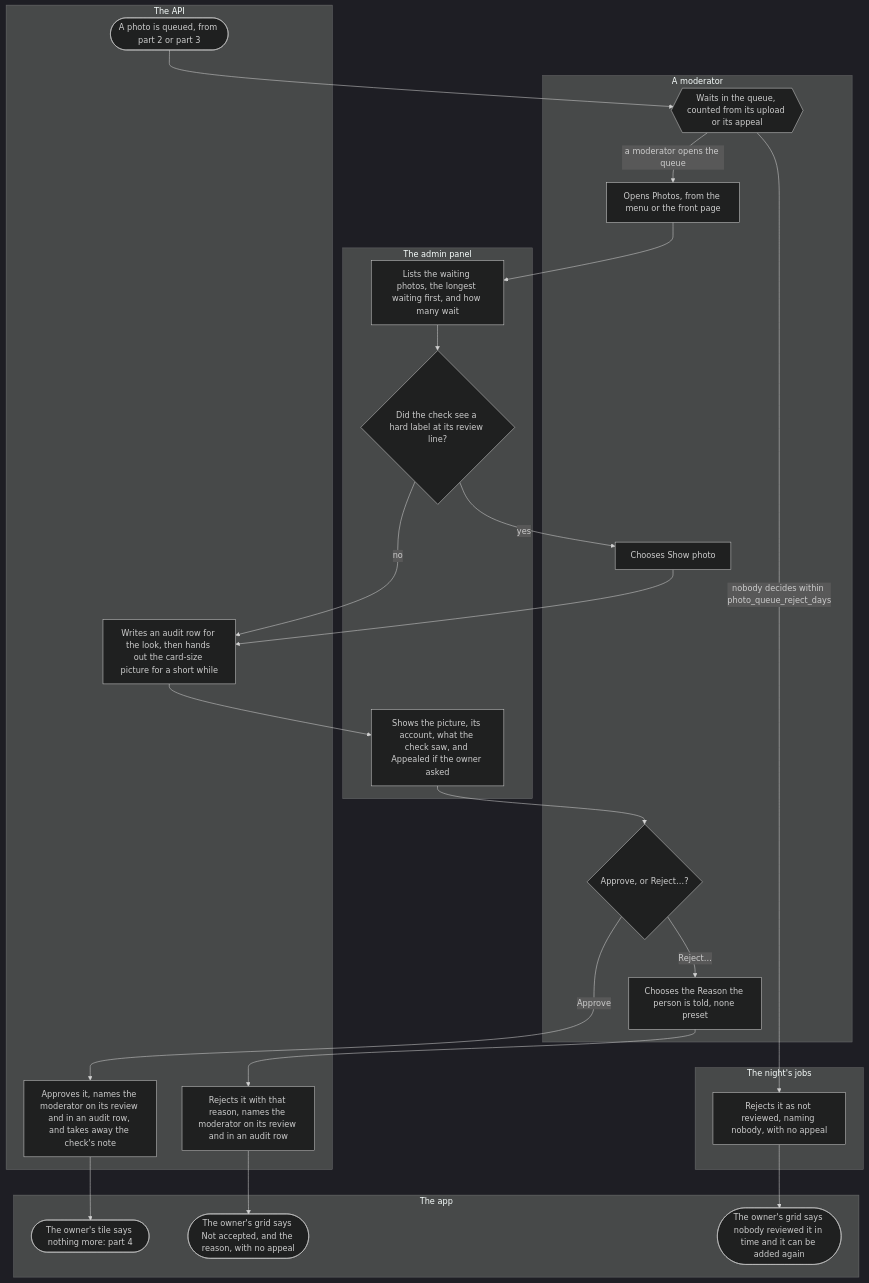
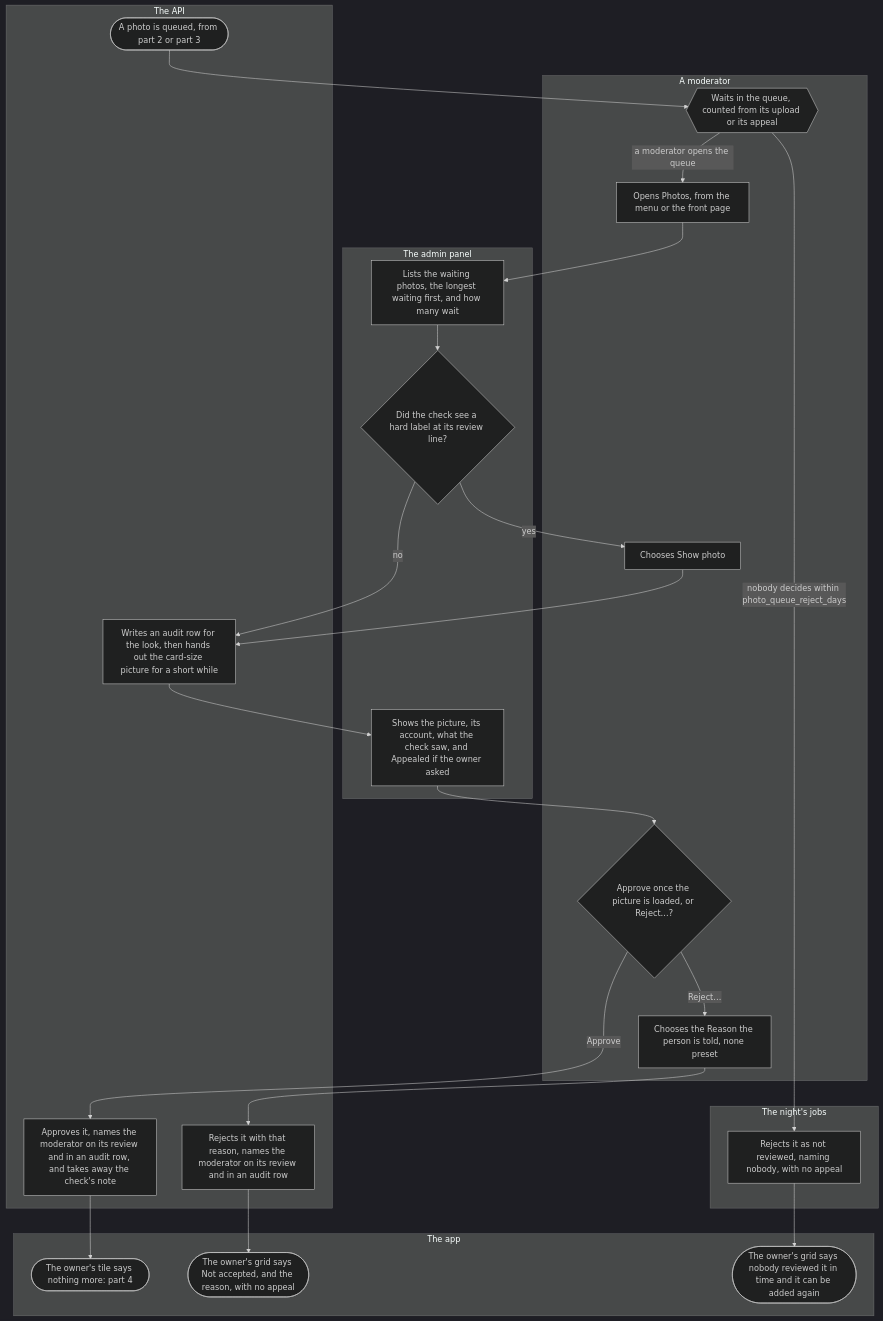
The sixth of 7 diagrams in docs/flows/photos.md (kuutti-ry/kuutti-app), drawn with Mermaid (dark theme) before and after one commit. The commit also changed other lines of this file and 46 other files, not shown here.

````diff
--- a/docs/flows/photos.md
+++ b/docs/flows/photos.md
@@ -304,47 +304,47 @@
 ```mermaid
 flowchart TB
   accTitle: Photos, part 6: the photo queue
   accDescr: A photo the check was unsure of, or one its owner appealed, waits in the moderators' queue. A moderator sees it under Photos with what the check saw, a sensitive one only on asking, and approves it or rejects it with a reason the owner reads. Every look and every decision is an audit row. A photo nobody decides within photo_queue_reject_days is rejected by the night as not reviewed.
   subgraph app["The app"]
     s73(["The owner's tile says nothing more: part 4"])
     s76(["The owner's grid says Not accepted, and the reason, with no appeal"])
     s78(["The owner's grid says nobody reviewed it in time and it can be added again"])
   end
   subgraph api["The API"]
     s63(["A photo is queued, from part 2 or part 3"])
     s69["Writes an audit row for the look, then hands out the card-size picture for a short while"]
     s72["Approves it, names the moderator on its review and in an audit row, and takes away the check's note"]
     s75["Rejects it with that reason, names the moderator on its review and in an audit row"]
   end
   subgraph moderator["A moderator"]
     s64{{"Waits in the queue, counted from its upload or its appeal"}}
     s65["Opens Photos, from the menu or the front page"]
     s68["Chooses Show photo"]
-    s71{"Approve, or Reject…?"}
+    s71{"Approve once the picture is loaded, or Reject…?"}
     s74["Chooses the Reason the person is told, none preset"]
   end
   subgraph admin["The admin panel"]
     s66["Lists the waiting photos, the longest waiting first, and how many wait"]
     s67{"Did the check see a hard label at its review line?"}
     s70["Shows the picture, its account, what the check saw, and Appealed if the owner asked"]
   end
   subgraph night["The night's jobs"]
     s77["Rejects it as not reviewed, naming nobody, with no appeal"]
   end
   s63 --> s64
   s64 -->|"a moderator opens the queue"| s65
   s64 -->|"nobody decides within photo_queue_reject_days"| s77
   s65 --> s66
   s66 --> s67
   s67 -->|"yes"| s68
   s67 -->|"no"| s69
   s68 --> s69
   s69 --> s70
   s70 --> s71
   s71 -->|"Approve"| s72
   s72 --> s73
   s71 -->|"Reject…"| s74
   s74 --> s75
   s75 --> s76
   s77 --> s78
 ```
````
